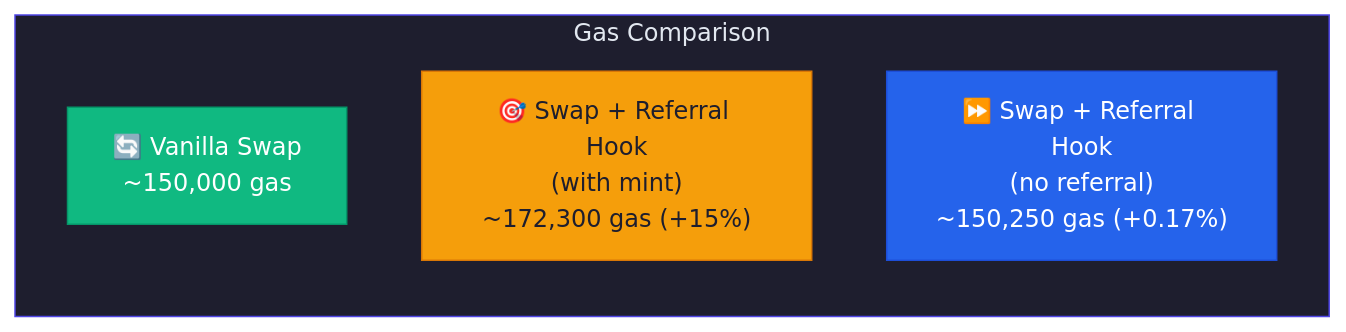
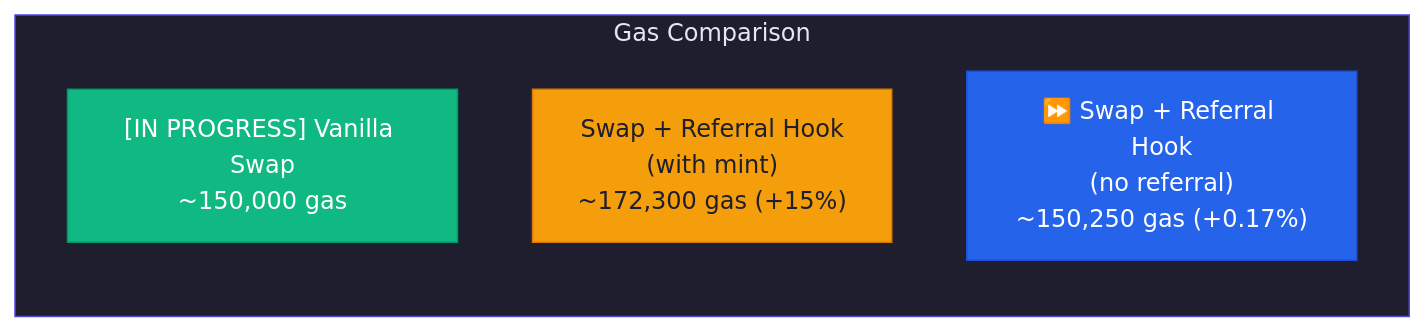
Before and after one commit to guglxni/the-fixer-hook: the eighth of 12 diagrams in docs/SYSTEM_DESIGN.md, drawn with Mermaid. The commit also changed other lines of this file and 15 other files, not shown here.

````diff
--- a/docs/SYSTEM_DESIGN.md
+++ b/docs/SYSTEM_DESIGN.md
@@ -438,14 +438,14 @@
 ```mermaid
 flowchart LR
     subgraph gas["Gas Comparison"]
         direction TB
-        A["🔄 Vanilla Swap\n~150,000 gas"]
-        B["🎯 Swap + Referral Hook\n(with mint)\n~172,300 gas (+15%)"]
+        A["[IN PROGRESS] Vanilla Swap\n~150,000 gas"]
+        B["Swap + Referral Hook\n(with mint)\n~172,300 gas (+15%)"]
         C["⏩ Swap + Referral Hook\n(no referral)\n~150,250 gas (+0.17%)"]
     end
 
     style A fill:#10B981,color:#FFFFFF,stroke:#059669
     style B fill:#F59E0B,color:#1E1E2E,stroke:#D97706
     style C fill:#2563EB,color:#FFFFFF,stroke:#1D4ED8
     style gas fill:#1E1E2E,color:#E2E8F0,stroke:#4F46E5
 ```
````
